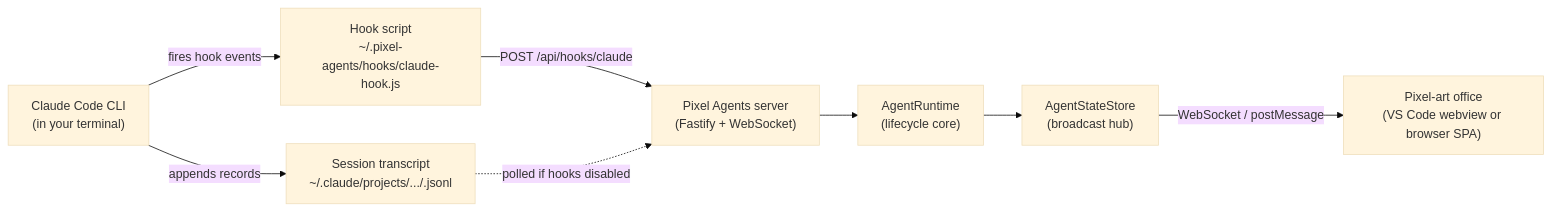
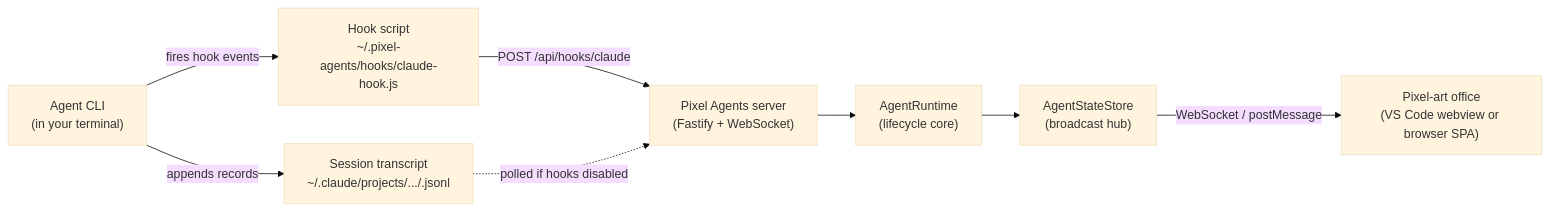
Before and after one commit to florintimbuc/docs: the diagram in docs/learn/how-it-works.md, drawn with Mermaid (base theme). The commit also changed other lines of this file and 19 other files, not shown here.

````diff
--- a/docs/learn/how-it-works.md
+++ b/docs/learn/how-it-works.md
@@ -9,18 +9,18 @@
 ```mermaid
 flowchart LR
-  Claude["Claude Code CLI<br/>(in your terminal)"]
+  Agent["Agent CLI<br/>(in your terminal)"]
   Hook["Hook script<br/>~/.pixel-agents/hooks/claude-hook.js"]
   JSONL["Session transcript<br/>~/.claude/projects/.../<session>.jsonl"]
   Server["Pixel Agents server<br/>(Fastify + WebSocket)"]
   Runtime["AgentRuntime<br/>(lifecycle core)"]
   Store["AgentStateStore<br/>(broadcast hub)"]
   UI["Pixel-art office<br/>(VS Code webview or browser SPA)"]
 
-  Claude -->|fires hook events| Hook
-  Claude -->|appends records| JSONL
+  Agent -->|fires hook events| Hook
+  Agent -->|appends records| JSONL
   Hook -->|POST /api/hooks/claude| Server
   JSONL -.->|polled if hooks disabled| Server
   Server --> Runtime
   Runtime --> Store
   Store -->|WebSocket / postMessage| UI
 ```
````
